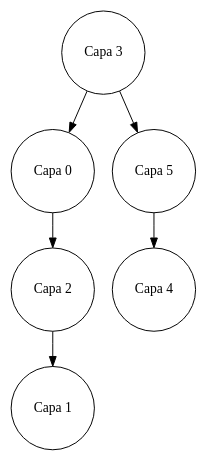
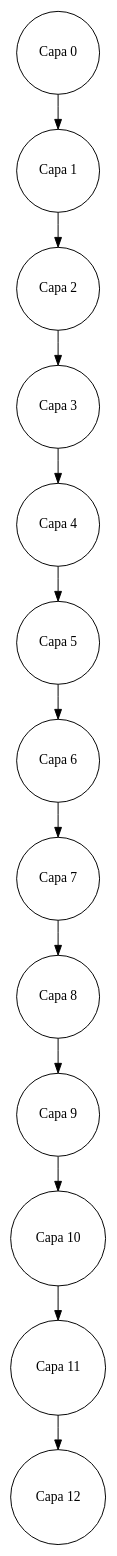
Before and after one commit to diegomazariegos2002/EDD_UDRAWING_FASE_202003975: the diagram in Fase 2/fase2_EDD/Clientes/Cliente_1/Capas/Arbol_ABB_Capas/Arbol_ABB_Capas.dot, drawn with Graphviz. The commit also changed 83 other files, not shown here.

```diff
--- a/Fase 2/fase2_EDD/Clientes/Cliente_1/Capas/Arbol_ABB_Capas/Arbol_ABB_Capas.dot
+++ b/Fase 2/fase2_EDD/Clientes/Cliente_1/Capas/Arbol_ABB_Capas/Arbol_ABB_Capas.dot
@@ -1,25 +1,53 @@
 digraph binaryTree { 
 node[shape = circle]; 
 
-Nodo819280155[label = "Capa 3"];
+Nodo1419219190[label = "Capa 0"];
 
-Nodo819280155 -> Nodo267839849; 
+Nodo1419219190 -> Nodo410700775; 
 
-Nodo819280155 -> Nodo605321854; 
+Nodo410700775[label = "Capa 1"];
 
-Nodo267839849[label = "Capa 0"];
+Nodo410700775 -> Nodo1922478043; 
 
-Nodo267839849 -> Nodo508647549; 
+Nodo1922478043[label = "Capa 2"];
 
-Nodo508647549[label = "Capa 2"];
+Nodo1922478043 -> Nodo680586236; 
 
-Nodo508647549 -> Nodo672666297; 
+Nodo680586236[label = "Capa 3"];
 
-Nodo672666297[label = "Capa 1"];
+Nodo680586236 -> Nodo1075315187; 
 
-Nodo605321854[label = "Capa 5"];
+Nodo1075315187[label = "Capa 4"];
 
-Nodo605321854 -> Nodo278727538; 
+Nodo1075315187 -> Nodo242474980; 
 
-Nodo278727538[label = "Capa 4"];
+Nodo242474980[label = "Capa 5"];
+
+Nodo242474980 -> Nodo1239171462; 
+
+Nodo1239171462[label = "Capa 6"];
+
+Nodo1239171462 -> Nodo1715244106; 
+
+Nodo1715244106[label = "Capa 7"];
+
+Nodo1715244106 -> Nodo1722486503; 
+
+Nodo1722486503[label = "Capa 8"];
+
+Nodo1722486503 -> Nodo1991729449; 
+
+Nodo1991729449[label = "Capa 9"];
+
+Nodo1991729449 -> Nodo1573703176; 
+
+Nodo1573703176[label = "Capa 10"];
+
+Nodo1573703176 -> Nodo1594906407; 
+
+Nodo1594906407[label = "Capa 11"];
+
+Nodo1594906407 -> Nodo1634907668; 
+
+Nodo1634907668[label = "Capa 12"];
 }
```
